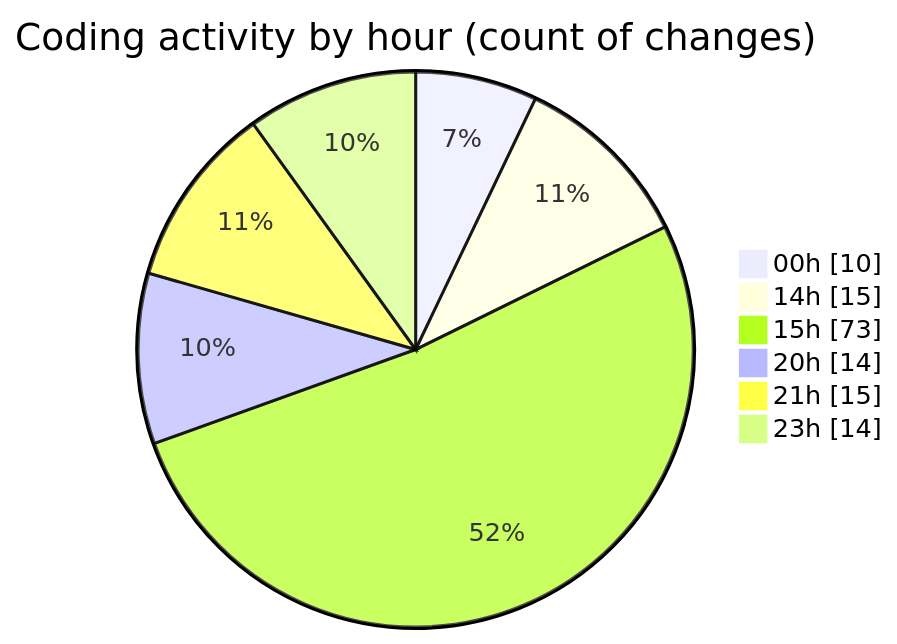
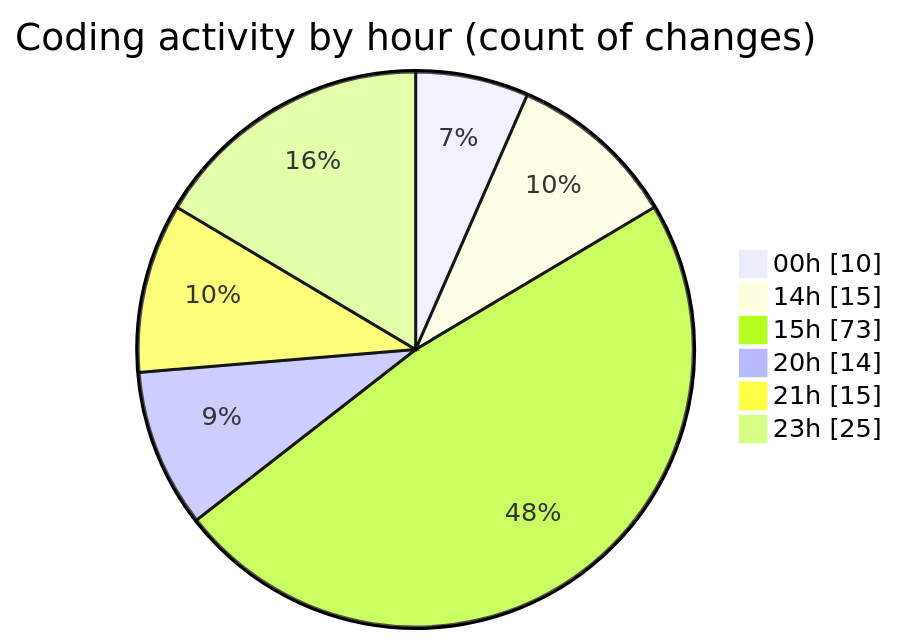
The second of 2 diagrams in 2025-04-07/echo/README.md (Netris89/code-tracking), drawn with Mermaid before and after one commit. The commit also changed other lines of this file and 1 other file, not shown here.

````diff
--- a/2025-04-07/echo/README.md
+++ b/2025-04-07/echo/README.md
@@ -41,10 +41,10 @@
 ```mermaid
 pie showData
 title Coding activity by hour (count of changes)
 "00h" : 10
 "14h" : 15
 "15h" : 73
 "20h" : 14
 "21h" : 15
-"23h" : 14
+"23h" : 25
 ```
````
